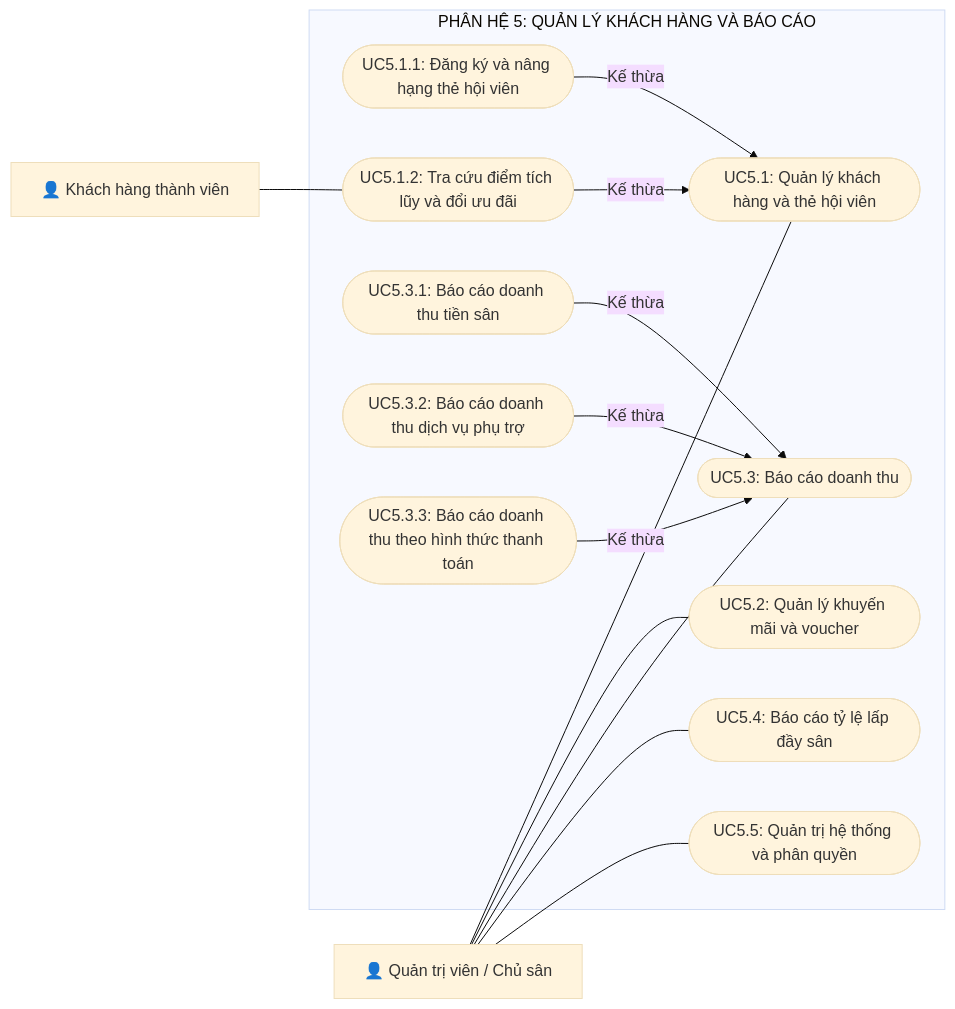
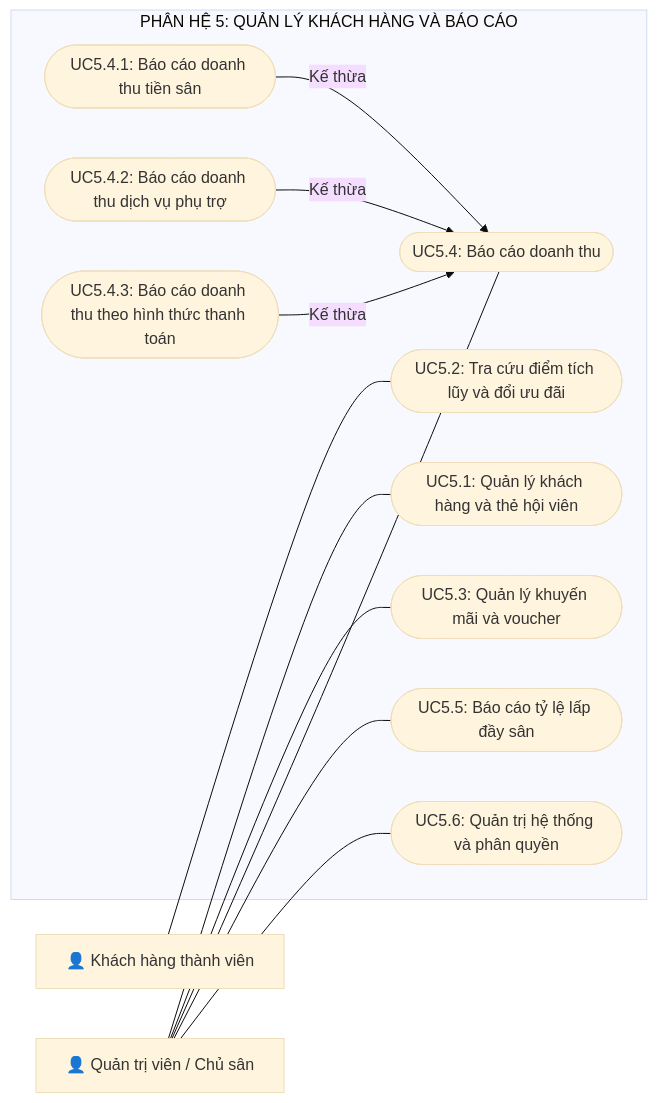
Before and after one commit to nphat-code/DoAn-OOAD-SGU: the seventh of 7 diagrams in BTH/BTH3_UsecaseDiagram/BTH3_UsecaseDiagram.md, drawn with Mermaid (base theme). The commit also changed other lines of this file and 3 other files, not shown here.

````diff
--- a/BTH/BTH3_UsecaseDiagram/BTH3_UsecaseDiagram.md
+++ b/BTH/BTH3_UsecaseDiagram/BTH3_UsecaseDiagram.md
@@ -287,36 +287,31 @@
 ```mermaid
 flowchart LR
     Customer["👤 Khách hàng thành viên"]
     Admin["👤 Quản trị viên / Chủ sân"]
 
     subgraph Subsystem5 ["PHÂN HỆ 5: QUẢN LÝ KHÁCH HÀNG VÀ BÁO CÁO"]
         UC51(["UC5.1: Quản lý khách hàng và thẻ hội viên"])
-        UC511(["UC5.1.1: Đăng ký và nâng hạng thẻ hội viên"])
-        UC512(["UC5.1.2: Tra cứu điểm tích lũy và đổi ưu đãi"])
+        UC52(["UC5.2: Tra cứu điểm tích lũy và đổi ưu đãi"])
+        UC53(["UC5.3: Quản lý khuyến mãi và voucher"])
 
-        UC52(["UC5.2: Quản lý khuyến mãi và voucher"])
+        UC54(["UC5.4: Báo cáo doanh thu"])
+        UC541(["UC5.4.1: Báo cáo doanh thu tiền sân"])
+        UC542(["UC5.4.2: Báo cáo doanh thu dịch vụ phụ trợ"])
+        UC543(["UC5.4.3: Báo cáo doanh thu theo hình thức thanh toán"])
 
-        UC53(["UC5.3: Báo cáo doanh thu"])
-        UC531(["UC5.3.1: Báo cáo doanh thu tiền sân"])
-        UC532(["UC5.3.2: Báo cáo doanh thu dịch vụ phụ trợ"])
-        UC533(["UC5.3.3: Báo cáo doanh thu theo hình thức thanh toán"])
-
-        UC54(["UC5.4: Báo cáo tỷ lệ lấp đầy sân"])
-        UC55(["UC5.5: Quản trị hệ thống và phân quyền"])
+        UC55(["UC5.5: Báo cáo tỷ lệ lấp đầy sân"])
+        UC56(["UC5.6: Quản trị hệ thống và phân quyền"])
     end
 
-    Customer --- UC512
+    Customer --- UC52
 
     Admin --- UC51
-    Admin --- UC52
     Admin --- UC53
     Admin --- UC54
     Admin --- UC55
+    Admin --- UC56
 
-    UC511 -->|Kế thừa| UC51
-    UC512 -->|Kế thừa| UC51
-
-    UC531 -->|Kế thừa| UC53
-    UC532 -->|Kế thừa| UC53
-    UC533 -->|Kế thừa| UC53
+    UC541 -->|Kế thừa| UC54
+    UC542 -->|Kế thừa| UC54
+    UC543 -->|Kế thừa| UC54
 ```
````
